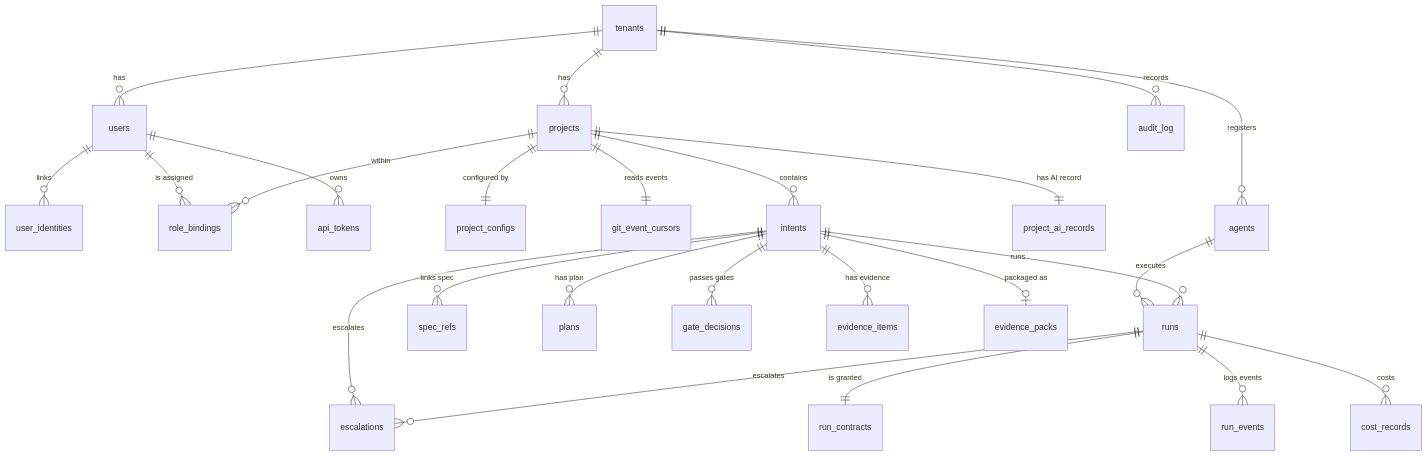
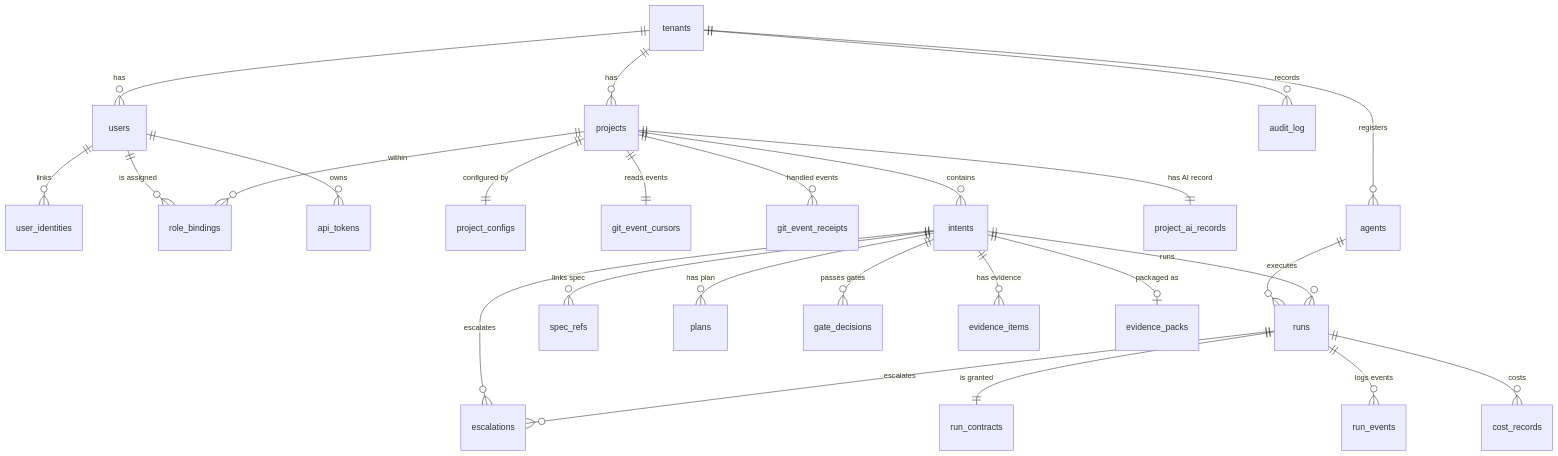
The diagram in diagrams/src/d13-mvp-erd.mmd (hoanghainh1188/agentic-sdlc-framework), drawn with Mermaid before and after one commit. The commit also changed 64 other files, not shown here.

```diff
--- a/diagrams/src/d13-mvp-erd.mmd
+++ b/diagrams/src/d13-mvp-erd.mmd
@@ -1,25 +1,26 @@
 erDiagram
     tenants ||--o{ projects : "has"
     tenants ||--o{ users : "has"
     users ||--o{ user_identities : "links"
     users ||--o{ role_bindings : "is assigned"
     users ||--o{ api_tokens : "owns"
     projects ||--o{ role_bindings : "within"
     projects ||--|| project_configs : "configured by"
     projects ||--|| git_event_cursors : "reads events"
+    projects ||--o{ git_event_receipts : "handled events"
     projects ||--o{ intents : "contains"
     projects ||--|| project_ai_records : "has AI record"
     tenants ||--o{ agents : "registers"
     agents ||--o{ runs : "executes"
     intents ||--o{ escalations : "escalates"
     runs ||--o{ escalations : "escalates"
     intents ||--o{ spec_refs : "links spec"
     intents ||--o{ plans : "has plan"
     intents ||--o{ gate_decisions : "passes gates"
     intents ||--o{ runs : "runs"
     runs ||--|| run_contracts : "is granted"
     runs ||--o{ run_events : "logs events"
     runs ||--o{ cost_records : "costs"
     intents ||--o{ evidence_items : "has evidence"
     intents ||--o| evidence_packs : "packaged as"
     tenants ||--o{ audit_log : "records"
```
